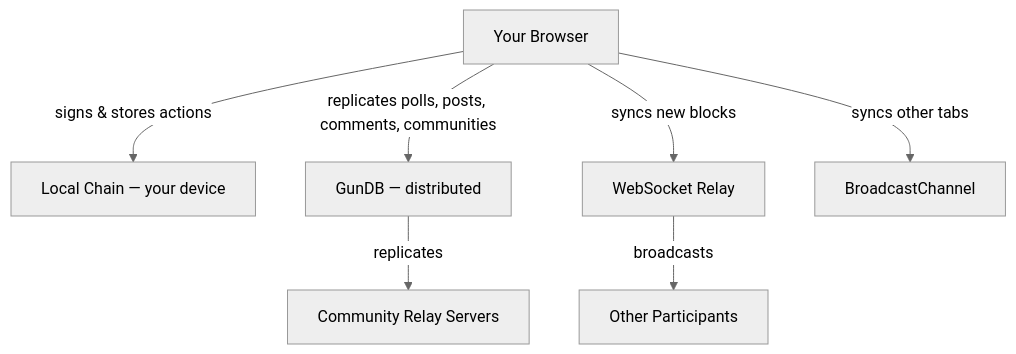
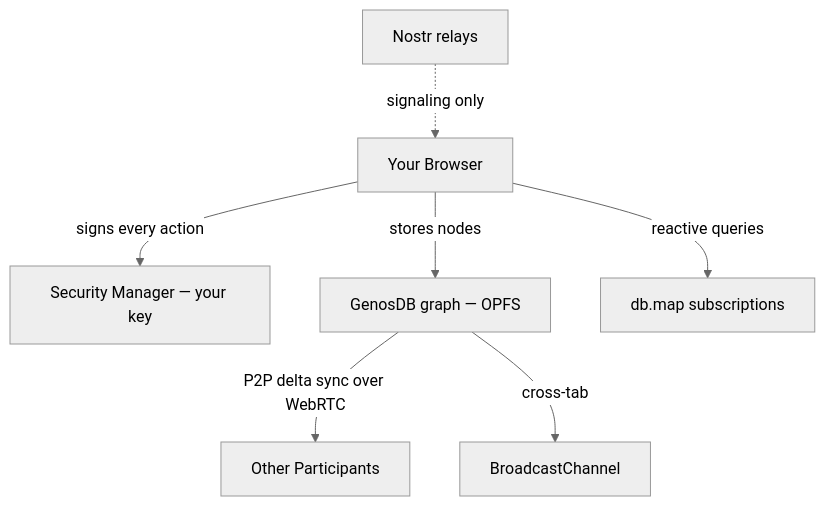
One commit to Interpoll1/decentralised changed the diagram in README.md. Above: the diagram before and after it, drawn with Mermaid (neutral theme). The commit also changed other lines of this file and 140 other files, not shown here.

First line of the commit message:
Migrate InterPoll to GenosDB — P2P, no servers, signed by default

````diff
--- a/README.md
+++ b/README.md
@@ -65,9 +73,9 @@
 ```mermaid
 graph TD
-    A[Your Browser] -->|signs & stores actions| B[Local Chain — your device]
-    A -->|replicates polls, posts, comments, communities| C[GunDB — distributed]
-    A -->|syncs new blocks| D[WebSocket Relay]
-    A -->|syncs other tabs| E[BroadcastChannel]
-    D -->|broadcasts| F[Other Participants]
-    C -->|replicates| G[Community Relay Servers]
+    A[Your Browser] -->|signs every action| B[Security Manager — your key]
+    A -->|stores nodes| C[GenosDB graph — OPFS]
+    A -->|reactive queries| D[db.map subscriptions]
+    C -->|P2P delta sync over WebRTC| E[Other Participants]
+    C -->|cross-tab| F[BroadcastChannel]
+    G[Nostr relays] -. signaling only .-> A
 ```
````
